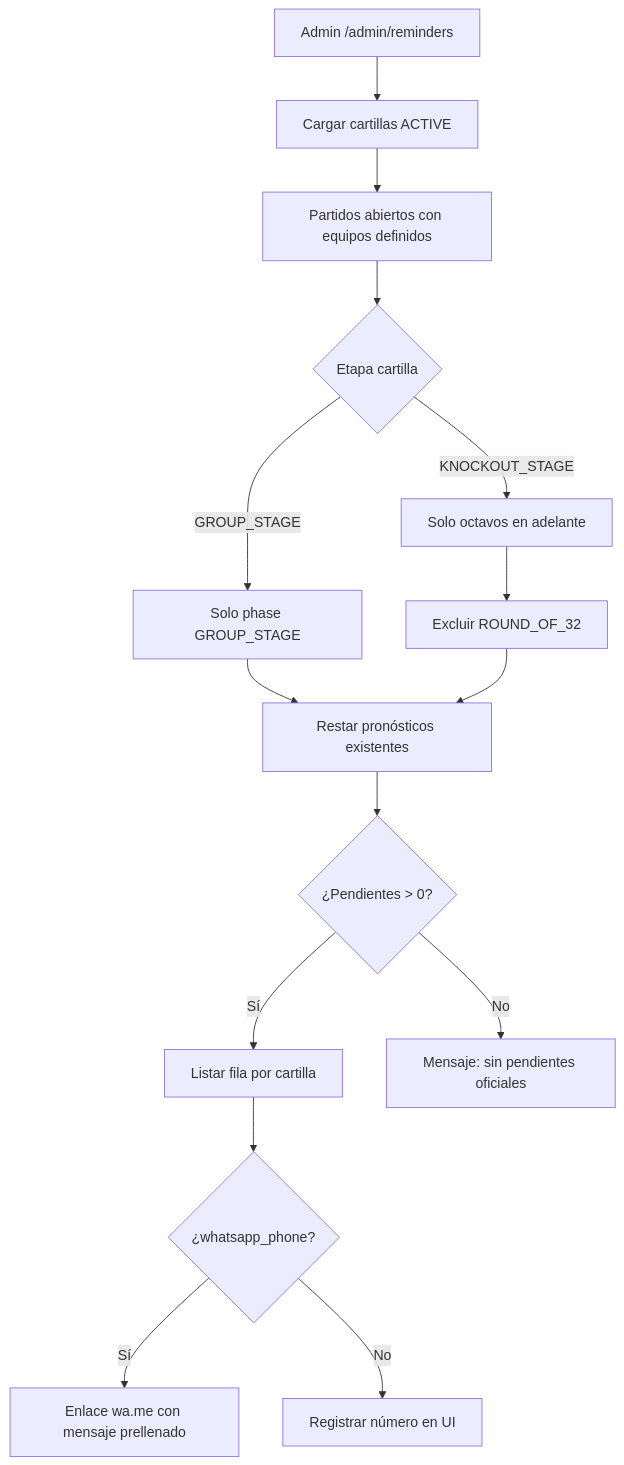
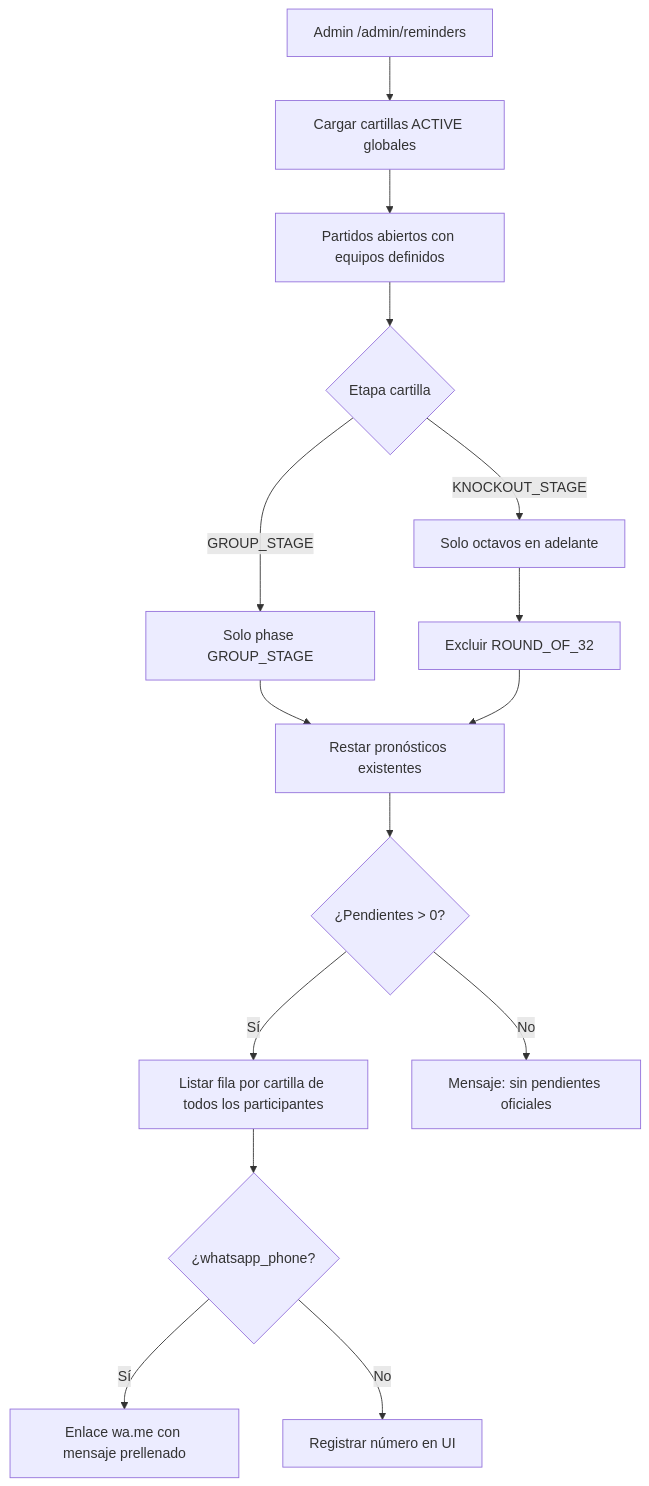
One commit to lmcondori/polla-mundialista changed the ninth of 9 diagrams in docs/03_FLUJOS_FUNCIONALES.md. Above: the diagram before and after it, drawn with Mermaid. The commit also changed other lines of this file and 18 other files, not shown here.

````diff
--- a/docs/03_FLUJOS_FUNCIONALES.md
+++ b/docs/03_FLUJOS_FUNCIONALES.md
@@ -308,17 +329,17 @@
 ```mermaid
 flowchart TD
-  A[Admin /admin/reminders] --> B[Cargar cartillas ACTIVE]
+  A[Admin /admin/reminders] --> B[Cargar cartillas ACTIVE globales]
   B --> C[Partidos abiertos con equipos definidos]
   C --> D{Etapa cartilla}
   D -->|GROUP_STAGE| E[Solo phase GROUP_STAGE]
   D -->|KNOCKOUT_STAGE| F[Solo octavos en adelante]
   F --> G[Excluir ROUND_OF_32]
   E --> H[Restar pronósticos existentes]
   G --> H
   H --> I{¿Pendientes > 0?}
-  I -->|Sí| J[Listar fila por cartilla]
+  I -->|Sí| J[Listar fila por cartilla de todos los participantes]
   J --> K{¿whatsapp_phone?}
   K -->|Sí| L[Enlace wa.me con mensaje prellenado]
   K -->|No| M[Registrar número en UI]
   I -->|No| N[Mensaje: sin pendientes oficiales]
 ```
````
